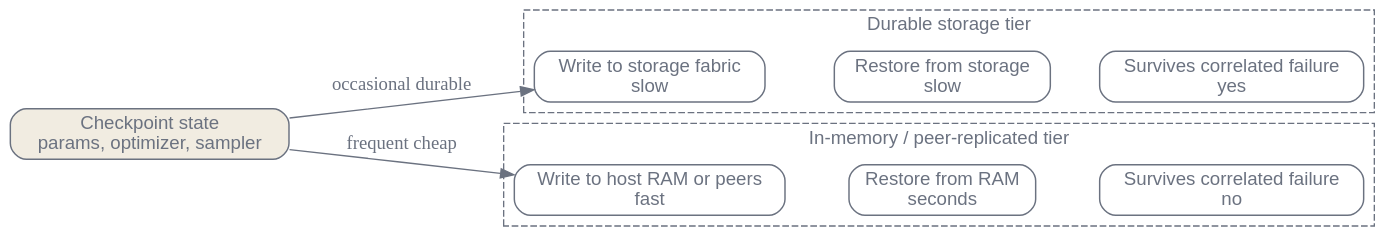
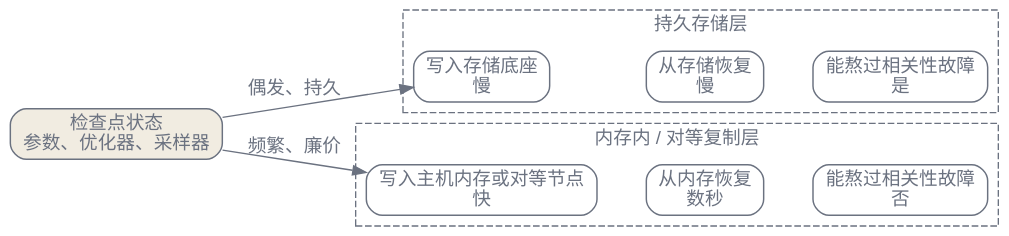
The second of 3 diagrams in zh/infrastructure/02-orchestration-data-infra.qmd (latere-ai/ai-as-an-infrastructure), drawn with Graphviz before and after one commit. The commit also changed other lines of this file and 273 other files, not shown here.

Commit message:
docs: localize Chinese diagrams

````diff
--- a/zh/infrastructure/02-orchestration-data-infra.qmd
+++ b/zh/infrastructure/02-orchestration-data-infra.qmd
@@ -85,38 +85,38 @@
 ```{dot}
 //| label: fig-orchestration-checkpoint-tiers
 //| fig-cap: "两派检查点。持久存储层写入与恢复都慢，但能熬过相关性故障；内存内或对等复制层两个方向都快，但若集群有足够多的部分同时宕掉就会丢失。多数运行将二者组合。"
 digraph {
   bgcolor="transparent";
   rankdir=LR;
   node [shape=box, style=rounded, fontname="Helvetica", color="#6b7280", fontcolor="#6b7280", penwidth=1.1];
   edge [color="#6b7280", fontcolor="#6b7280"];
 
   subgraph cluster_durable {
-    label="Durable storage tier";
+    label="持久存储层";
     fontname="Helvetica";
     fontcolor="#6b7280";
     color="#6b7280";
     style=dashed;
-    DW [label="Write to storage fabric\nslow"];
-    DR [label="Restore from storage\nslow"];
-    DS [label="Survives correlated failure\nyes"];
+    DW [label="写入存储底座\n慢"];
+    DR [label="从存储恢复\n慢"];
+    DS [label="能熬过相关性故障\n是"];
   }
 
   subgraph cluster_fast {
-    label="In-memory / peer-replicated tier";
+    label="内存内 / 对等复制层";
     fontname="Helvetica";
     fontcolor="#6b7280";
     color="#6b7280";
     style=dashed;
-    FW [label="Write to host RAM or peers\nfast"];
-    FR [label="Restore from RAM\nseconds"];
-    FS [label="Survives correlated failure\nno"];
+    FW [label="写入主机内存或对等节点\n快"];
+    FR [label="从内存恢复\n数秒"];
+    FS [label="能熬过相关性故障\n否"];
   }
 
-  State [label="Checkpoint state\nparams, optimizer, sampler", shape=box, style="rounded,filled", fillcolor="#f1ece1"];
-  State -> DW [label="occasional durable"];
-  State -> FW [label="frequent cheap"];
+  State [label="检查点状态\n参数、优化器、采样器", shape=box, style="rounded,filled", fillcolor="#f1ece1"];
+  State -> DW [label="偶发、持久"];
+  State -> FW [label="频繁、廉价"];
   DW -> DR -> DS [style=invis];
   FW -> FR -> FS [style=invis];
 }
 ```
````
